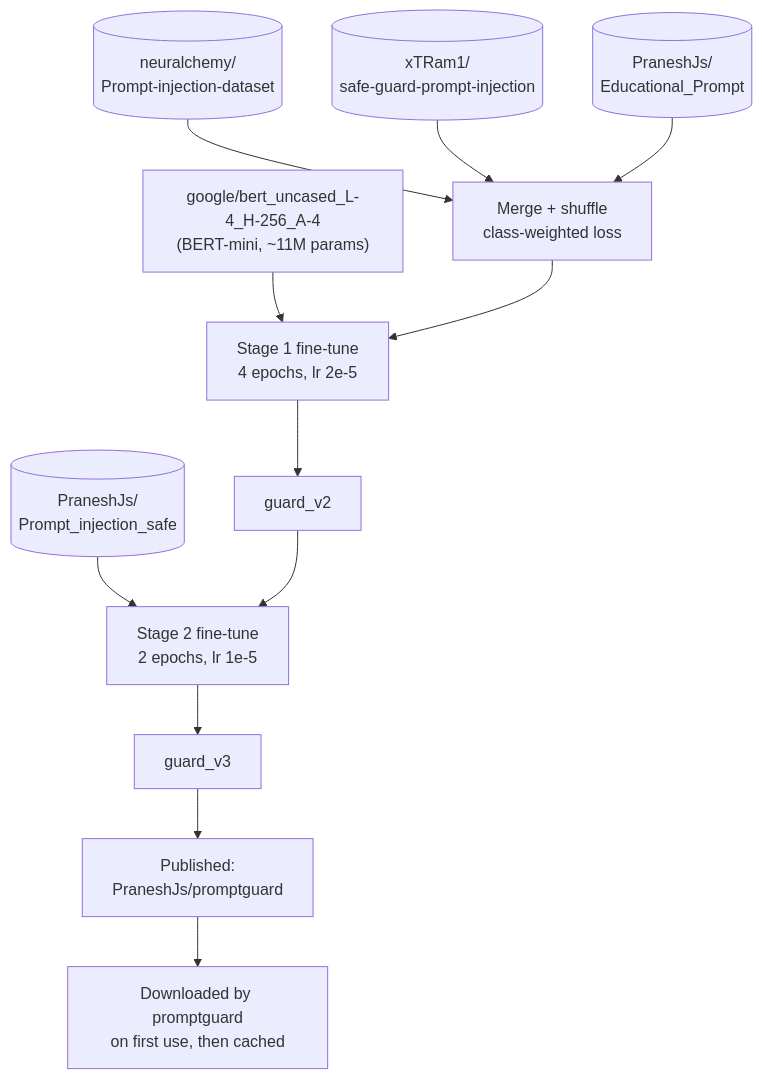
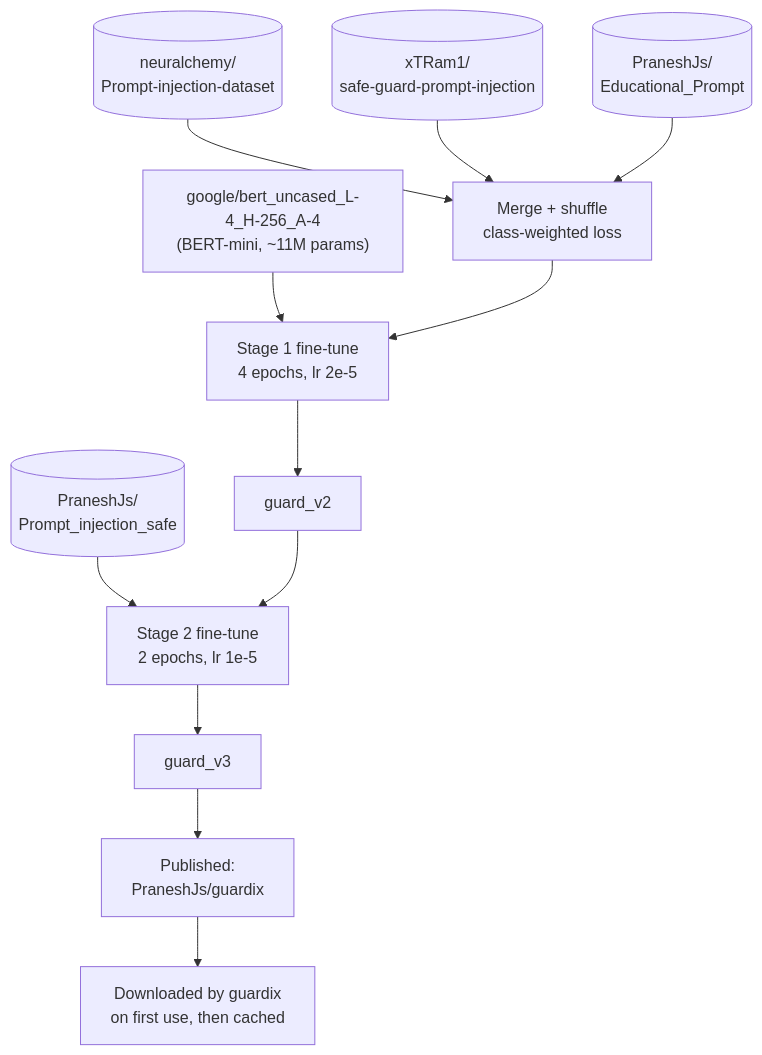
Before and after one commit to Pranesh-2005/promptgaurd: the third of 3 diagrams in README.md, drawn with Mermaid. The commit also changed other lines of this file and 36 other files, not shown here.

````diff
--- a/README.md
+++ b/README.md
@@ -201,14 +201,14 @@
 ```mermaid
 flowchart TD
     D1[("neuralchemy/<br/>Prompt-injection-dataset")] --> Merge["Merge + shuffle<br/>class-weighted loss"]
     D2[("xTRam1/<br/>safe-guard-prompt-injection")] --> Merge
     D3[("PraneshJs/<br/>Educational_Prompt")] --> Merge
     Base["google/bert_uncased_L-4_H-256_A-4<br/>(BERT-mini, ~11M params)"] --> S1
     Merge --> S1["Stage 1 fine-tune<br/>4 epochs, lr 2e-5"]
     S1 --> V2["guard_v2"]
     D4[("PraneshJs/<br/>Prompt_injection_safe")] --> S2
     V2 --> S2["Stage 2 fine-tune<br/>2 epochs, lr 1e-5"]
     S2 --> V3["guard_v3"]
-    V3 --> HF["Published:<br/>PraneshJs/promptguard"]
-    HF --> PKG["Downloaded by promptguard<br/>on first use, then cached"]
+    V3 --> HF["Published:<br/>PraneshJs/guardix"]
+    HF --> PKG["Downloaded by guardix<br/>on first use, then cached"]
 ```
````
